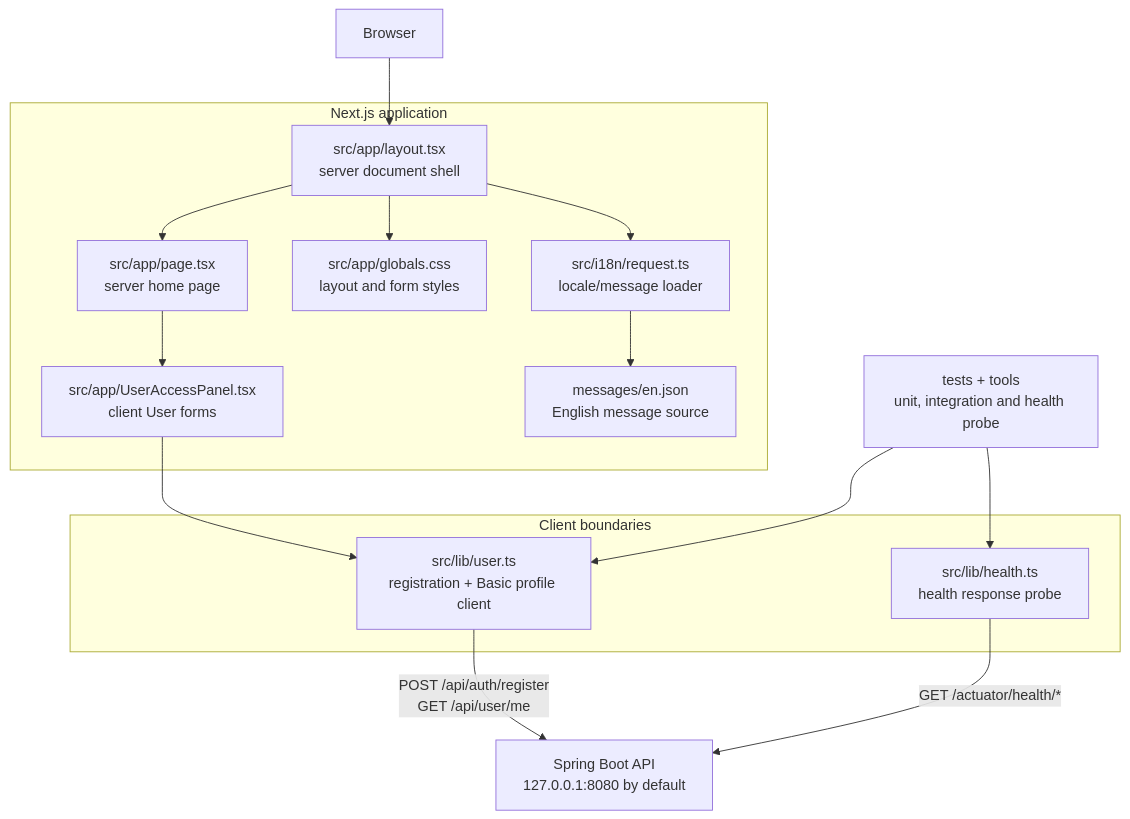
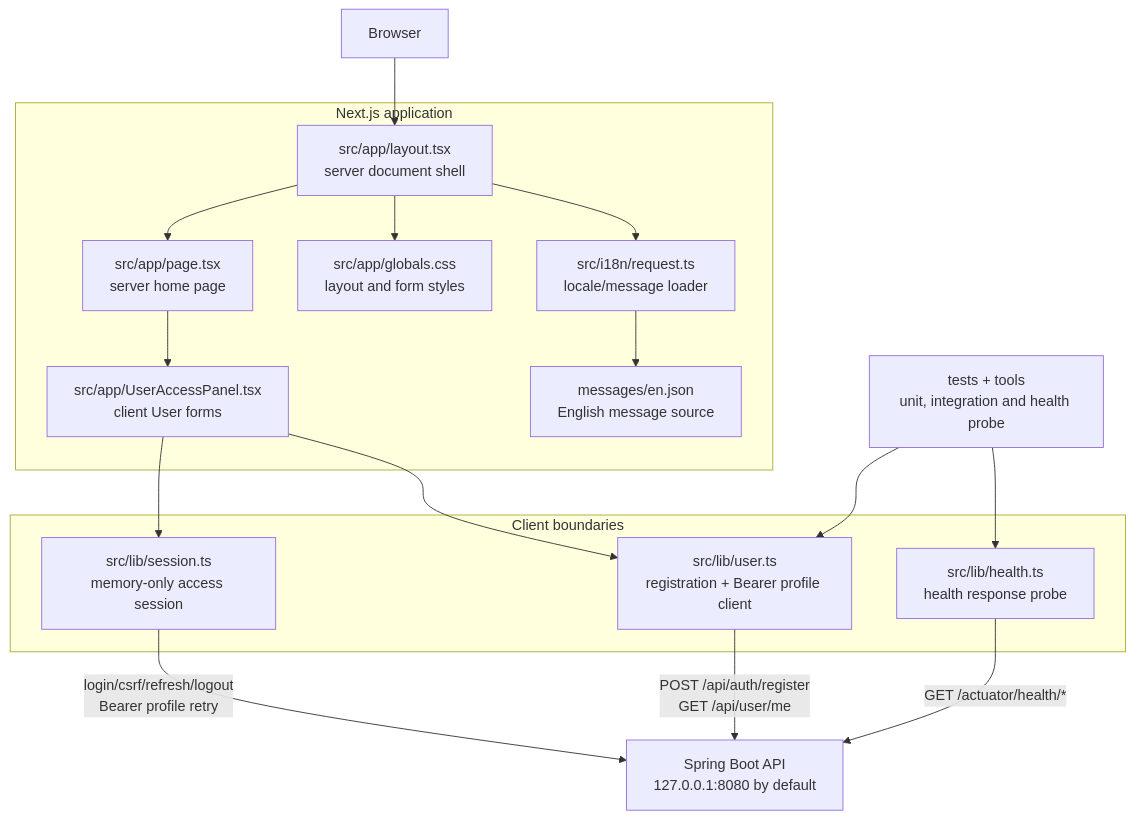
The first of 2 diagrams in frontend/docs/code-architecture.md (n-saakib/medi-wish-bd), drawn with Mermaid before and after one commit. The commit also changed other lines of this file and 109 other files, not shown here.

````diff
--- a/frontend/docs/code-architecture.md
+++ b/frontend/docs/code-architecture.md
@@ -15,33 +15,36 @@
 ```mermaid
 flowchart TD
     BROWSER[Browser]
 
     subgraph APP[Next.js application]
         LAYOUT[src/app/layout.tsx<br/>server document shell]
         PAGE[src/app/page.tsx<br/>server home page]
         PANEL[src/app/UserAccessPanel.tsx<br/>client User forms]
         CSS[src/app/globals.css<br/>layout and form styles]
         I18N[src/i18n/request.ts<br/>locale/message loader]
         MSG[messages/en.json<br/>English message source]
     end
 
     subgraph LIB[Client boundaries]
-        USER[src/lib/user.ts<br/>registration + Basic profile client]
+        SESSION[src/lib/session.ts<br/>memory-only access session]
+        USER[src/lib/user.ts<br/>registration + Bearer profile client]
         HEALTH[src/lib/health.ts<br/>health response probe]
     end
 
     API[Spring Boot API<br/>127.0.0.1:8080 by default]
     TESTS[tests + tools<br/>unit, integration and health probe]
 
     BROWSER --> LAYOUT
     LAYOUT --> I18N
     LAYOUT --> PAGE
     PAGE --> PANEL
     I18N --> MSG
+    PANEL --> SESSION
     PANEL --> USER
     LAYOUT --> CSS
+    SESSION -->|login/csrf/refresh/logout<br/>Bearer profile retry| API
     USER -->|POST /api/auth/register<br/>GET /api/user/me| API
     HEALTH -->|GET /actuator/health/*| API
     TESTS --> USER
     TESTS --> HEALTH
 ```
````
